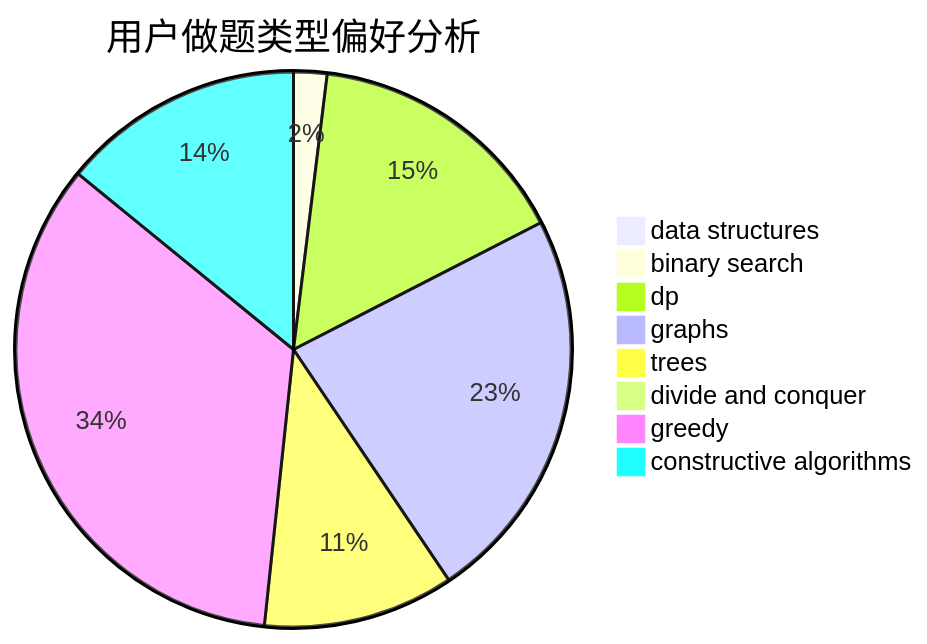
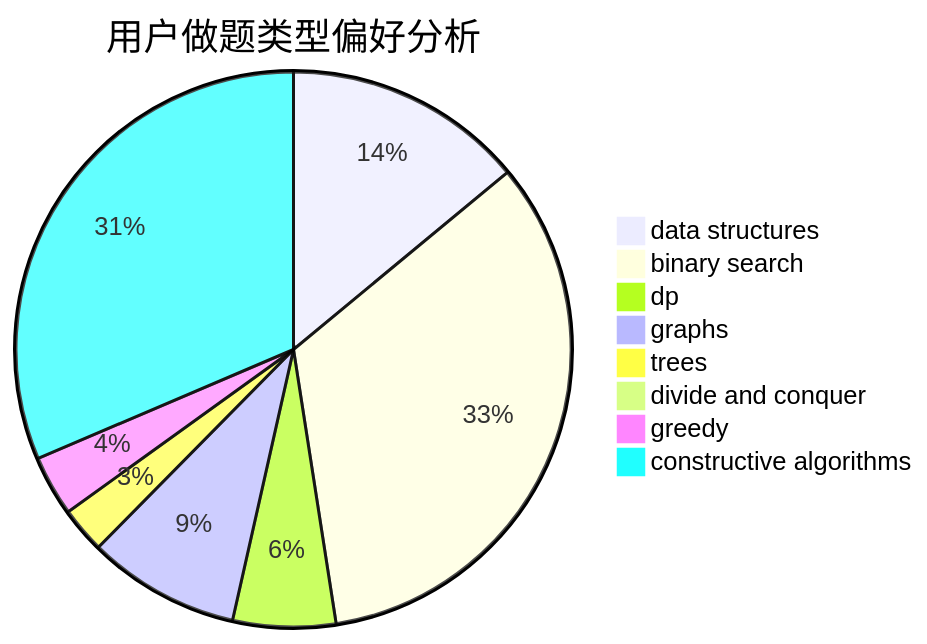
Before and after one commit to sherpahu/cfrs.github.io: the second of 3 diagrams in docs/user/u37.md, drawn with Mermaid. The commit also changed other lines of this file and 2770 other files, not shown here.

````diff
--- a/docs/user/u37.md
+++ b/docs/user/u37.md
@@ -23,11 +23,11 @@
 ```mermaid
 pie title 用户做题类型偏好分析
-    "data structures" :  1
-    "binary search" :  11
-    "dp" :  88
-    "graphs" :  131
-    "trees" :  63
-    "divide and conquer" :  0
-    "greedy" :  194
-    "constructive algorithms" :  80
+    "data structures" :  131
+    "binary search" :  314
+    "dp" :  56
+    "graphs" :  83
+    "trees" :  25
+    "divide and conquer" :  6
+    "greedy" :  33
+    "constructive algorithms" :  294
 ```
````
